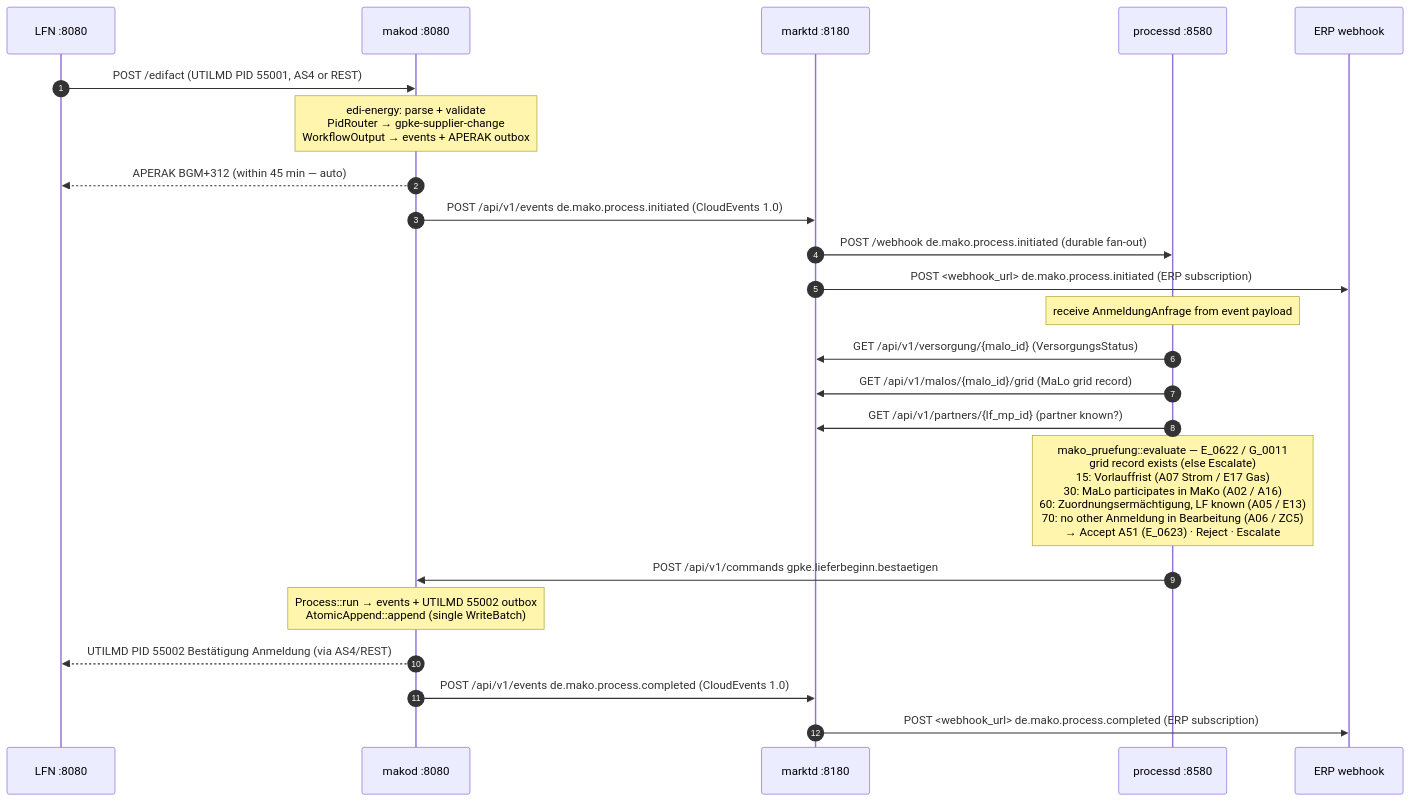
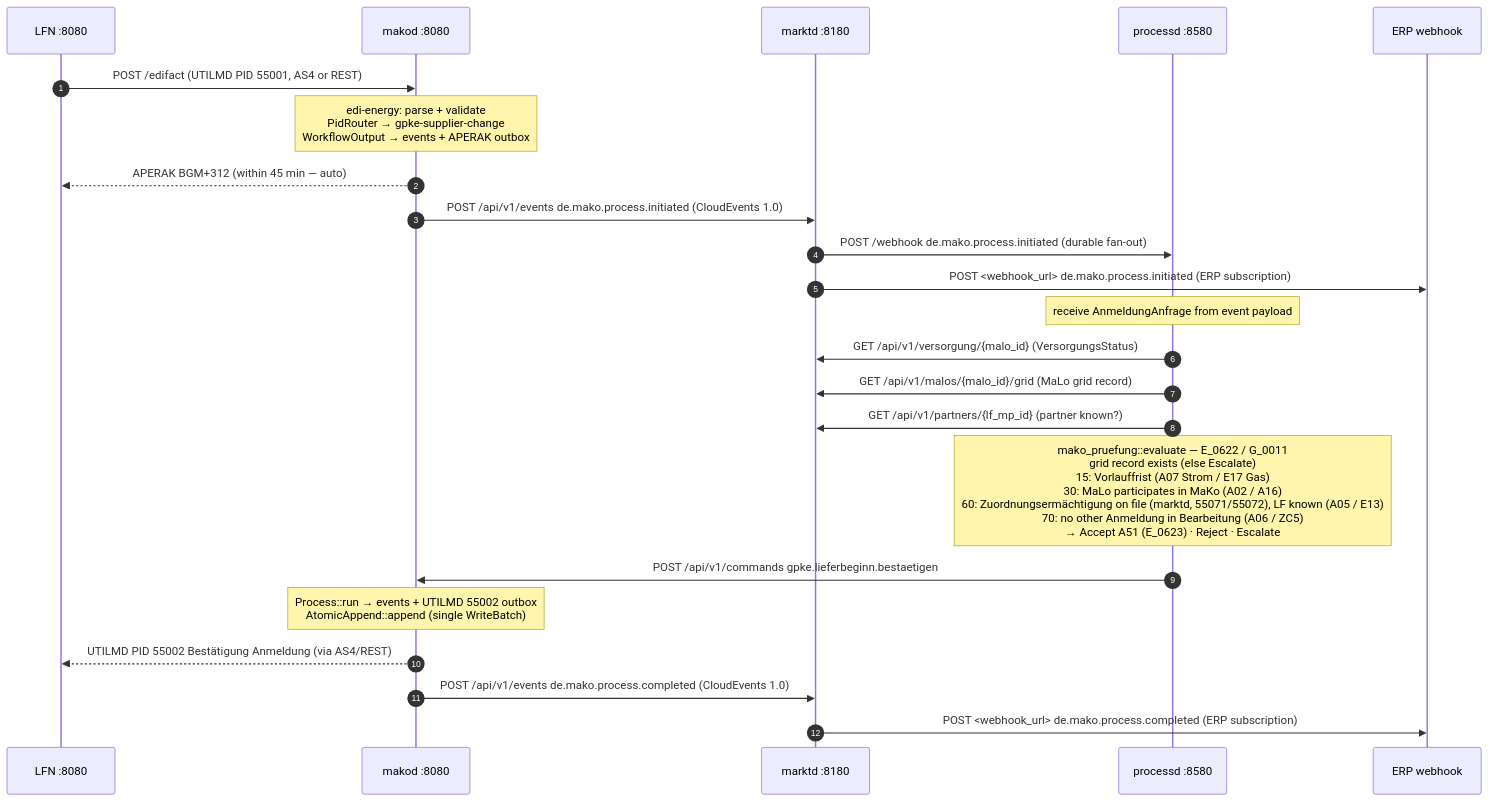
The fifth of 5 diagrams in site/content/docs/architecture/_index.md (hupe1980/mako), drawn with Mermaid before and after one commit. The commit also changed other lines of this file and 494 other files, not shown here.

First line of the commit message:
Release 0.34.0: the online contract, the BKV role and the AS4 2.6 rules — every published figure refused by name until it is loaded

````diff
--- a/site/content/docs/architecture/_index.md
+++ b/site/content/docs/architecture/_index.md
@@ -472,27 +473,27 @@
 ```mermaid
 sequenceDiagram
     autonumber
     participant LF as LFN :8080
     participant makod as makod :8080
     participant marktd as marktd :8180
     participant processd as processd :8580
     participant erp as ERP webhook
 
     LF->>makod: POST /edifact  (UTILMD PID 55001, AS4 or REST)
     Note over makod: edi-energy: parse + validate<br/>PidRouter → gpke-supplier-change<br/>WorkflowOutput → events + APERAK outbox
     makod-->>LF: APERAK BGM+312 (within 45 min — auto)
     makod->>marktd: POST /api/v1/events  de.mako.process.initiated  (CloudEvents 1.0)
     marktd->>processd: POST /webhook  de.mako.process.initiated  (durable fan-out)
     marktd->>erp: POST <webhook_url>  de.mako.process.initiated  (ERP subscription)
 
     Note over processd: receive AnmeldungAnfrage from event payload
     processd->>marktd: GET /api/v1/versorgung/{malo_id}  (VersorgungsStatus)
     processd->>marktd: GET /api/v1/malos/{malo_id}/grid  (MaLo grid record)
     processd->>marktd: GET /api/v1/partners/{lf_mp_id}  (partner known?)
-    Note over processd: mako_pruefung::evaluate — E_0622 / G_0011<br/>grid record exists (else Escalate)<br/>15: Vorlauffrist (A07 Strom / E17 Gas)<br/>30: MaLo participates in MaKo (A02 / A16)<br/>60: Zuordnungsermächtigung, LF known (A05 / E13)<br/>70: no other Anmeldung in Bearbeitung (A06 / ZC5)<br/>→ Accept A51 (E_0623) · Reject · Escalate
+    Note over processd: mako_pruefung::evaluate — E_0622 / G_0011<br/>grid record exists (else Escalate)<br/>15: Vorlauffrist (A07 Strom / E17 Gas)<br/>30: MaLo participates in MaKo (A02 / A16)<br/>60: Zuordnungsermächtigung on file (marktd, 55071/55072), LF known (A05 / E13)<br/>70: no other Anmeldung in Bearbeitung (A06 / ZC5)<br/>→ Accept A51 (E_0623) · Reject · Escalate
     processd->>makod: POST /api/v1/commands  gpke.lieferbeginn.bestaetigen
     Note over makod: Process::run → events + UTILMD 55002 outbox<br/>AtomicAppend::append (single WriteBatch)
     makod-->>LF: UTILMD PID 55002 Bestätigung Anmeldung (via AS4/REST)
     makod->>marktd: POST /api/v1/events  de.mako.process.completed  (CloudEvents 1.0)
     marktd->>erp: POST <webhook_url>  de.mako.process.completed  (ERP subscription)
 ```
````
